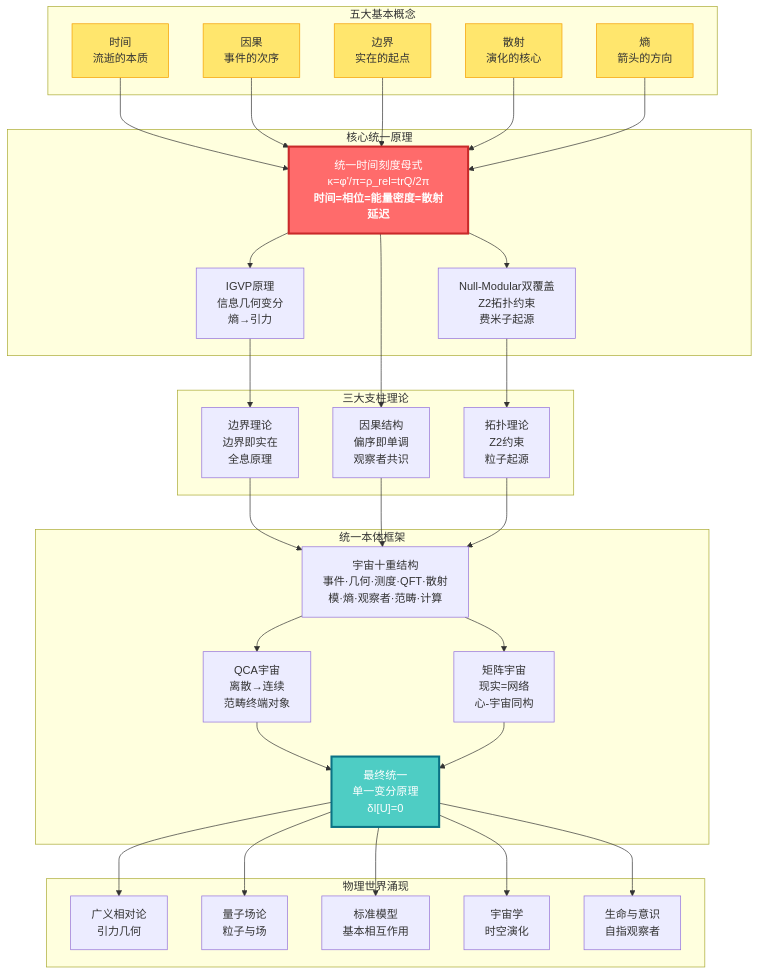
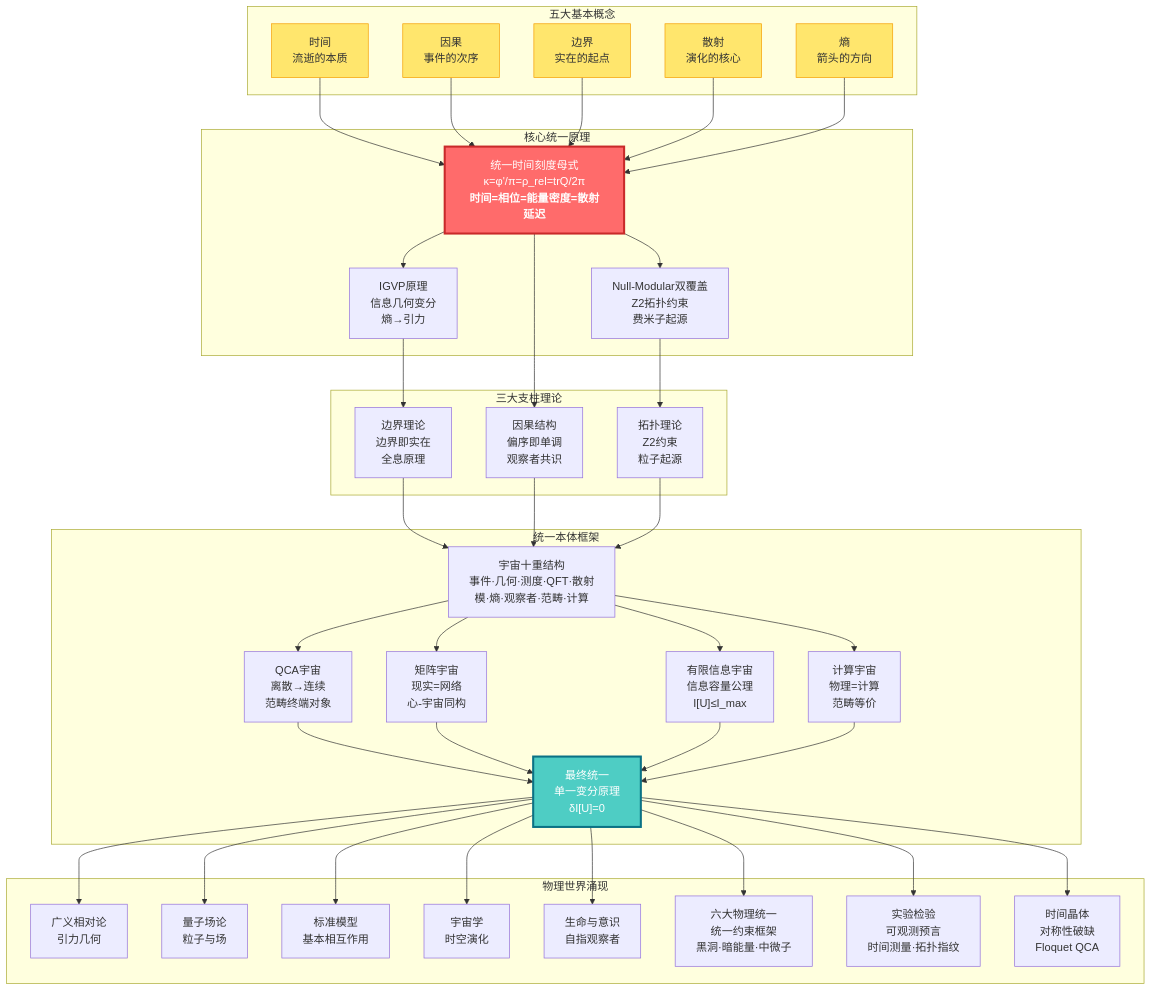
The first of 3 diagrams in docs/euler-article/gls-union/index.md (loning/zeckendorf-hilbert), drawn with Mermaid before and after one commit. The commit also changed other lines of this file and 1 other file, not shown here.

```diff
--- a/docs/euler-article/gls-union/index.md
+++ b/docs/euler-article/gls-union/index.md
@@ -52,6 +63,8 @@
         TenFold["宇宙十重结构<br/>事件·几何·测度·QFT·散射<br/>模·熵·观察者·范畴·计算"]
         QCA["QCA宇宙<br/>离散→连续<br/>范畴终端对象"]
         Matrix["矩阵宇宙<br/>现实=网络<br/>心-宇宙同构"]
+        FiniteInfo["有限信息宇宙<br/>信息容量公理<br/>I[U]≤I_max"]
+        CompUni["计算宇宙<br/>物理=计算<br/>范畴等价"]
         Final["最终统一<br/>单一变分原理<br/>δI[U]=0"]
     end
 
@@ -61,6 +74,9 @@
         SM["标准模型<br/>基本相互作用"]
         Cosmo["宇宙学<br/>时空演化"]
         Life["生命与意识<br/>自指观察者"]
+        SixPhys["六大物理统一<br/>统一约束框架<br/>黑洞·暗能量·中微子"]
+        ExpTest["实验检验<br/>可观测预言<br/>时间测量·拓扑指纹"]
+        TimeCrystal["时间晶体<br/>对称性破缺<br/>Floquet QCA"]
     end
 
     Time --> Unity
@@ -82,14 +98,21 @@
 
     TenFold --> QCA
     TenFold --> Matrix
+    TenFold --> FiniteInfo
+    TenFold --> CompUni
     QCA --> Final
     Matrix --> Final
+    FiniteInfo --> Final
+    CompUni --> Final
 
     Final --> GR
     Final --> QFT
     Final --> SM
     Final --> Cosmo
     Final --> Life
+    Final --> SixPhys
+    Final --> ExpTest
+    Final --> TimeCrystal
 
     style Unity fill:#ff6b6b,stroke:#c92a2a,stroke-width:3px,color:#fff
     style Final fill:#4ecdc4,stroke:#0b7285,stroke-width:3px,color:#fff
```
